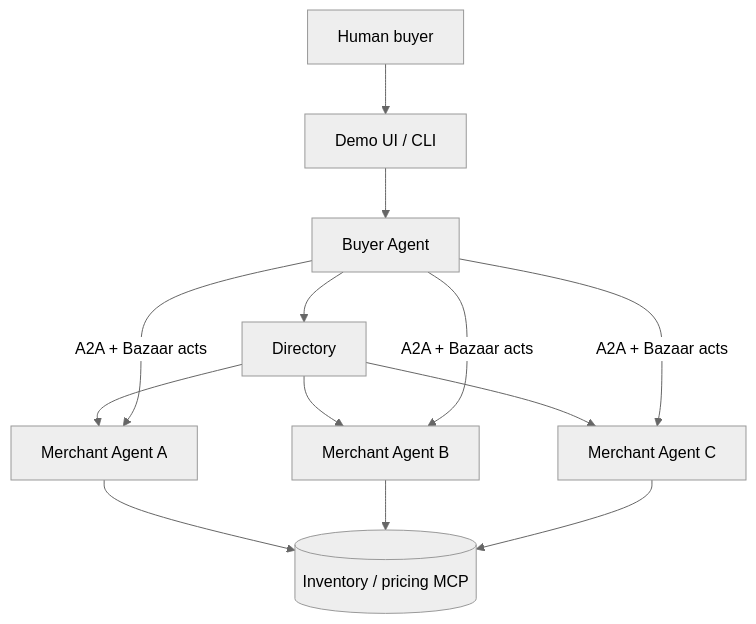
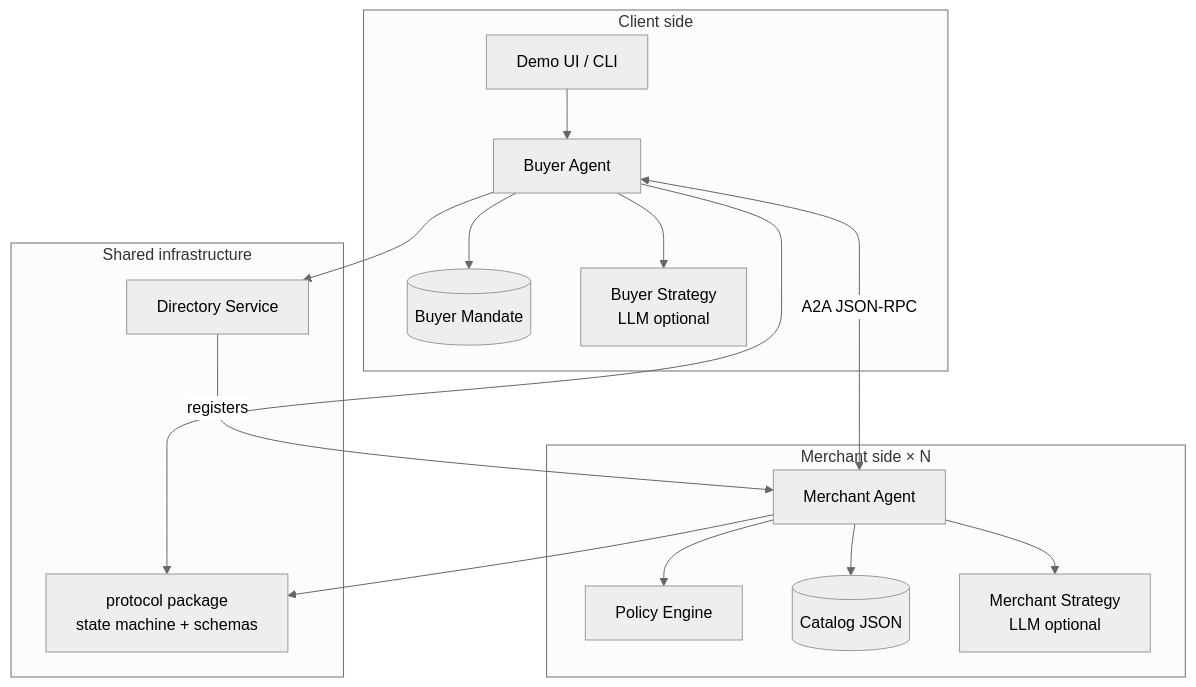
The fourth of 16 diagrams in docs/architecture.md (zain08816/agent-bazaar), drawn with Mermaid (neutral theme) before and after one commit. The commit also changed other lines of this file and 3 other files, not shown here.

First line of the commit message:
Expand architecture docs with Mermaid diagrams and commit guidelines.

````diff
--- a/docs/architecture.md
+++ b/docs/architecture.md
@@ -5,24 +136,33 @@
 ```mermaid
 flowchart TB
-    User[Human buyer]
-    UI[Demo UI / CLI]
-    BA[Buyer Agent]
-    DIR[Directory]
-    MA1[Merchant Agent A]
-    MA2[Merchant Agent B]
-    MA3[Merchant Agent C]
-    INV[(Inventory / pricing MCP)]
+    subgraph client_side ["Client side"]
+        UI[Demo UI / CLI]
+        BA[Buyer Agent]
+        BM[(Buyer Mandate)]
+        BS[Buyer Strategy<br/>LLM optional]
+    end
 
-    User --> UI
+    subgraph shared ["Shared infrastructure"]
+        DIR[Directory Service]
+        PROTO[protocol package<br/>state machine + schemas]
+    end
+
+    subgraph merchant_side ["Merchant side × N"]
+        MA[Merchant Agent]
+        POL[Policy Engine]
+        CAT[(Catalog JSON)]
+        MS[Merchant Strategy<br/>LLM optional]
+    end
+
     UI --> BA
+    BA --> BM
+    BA --> BS
+    BA --> PROTO
     BA --> DIR
-    DIR --> MA1
-    DIR --> MA2
-    DIR --> MA3
-    BA -->|A2A + Bazaar acts| MA1
-    BA -->|A2A + Bazaar acts| MA2
-    BA -->|A2A + Bazaar acts| MA3
-    MA1 --> INV
-    MA2 --> INV
-    MA3 --> INV
+    BA <-->|A2A JSON-RPC| MA
+    MA --> POL
+    MA --> CAT
+    MA --> MS
+    MA --> PROTO
+    DIR -->|registers| MA
 ```
````
